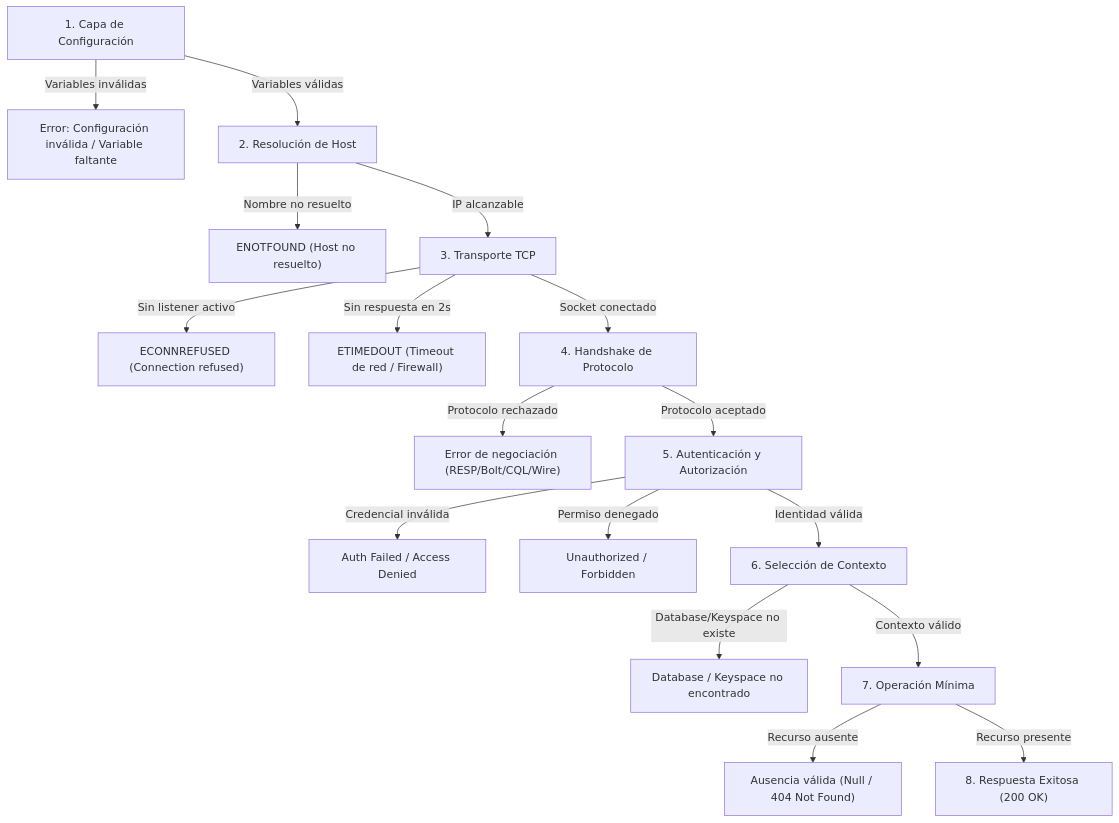
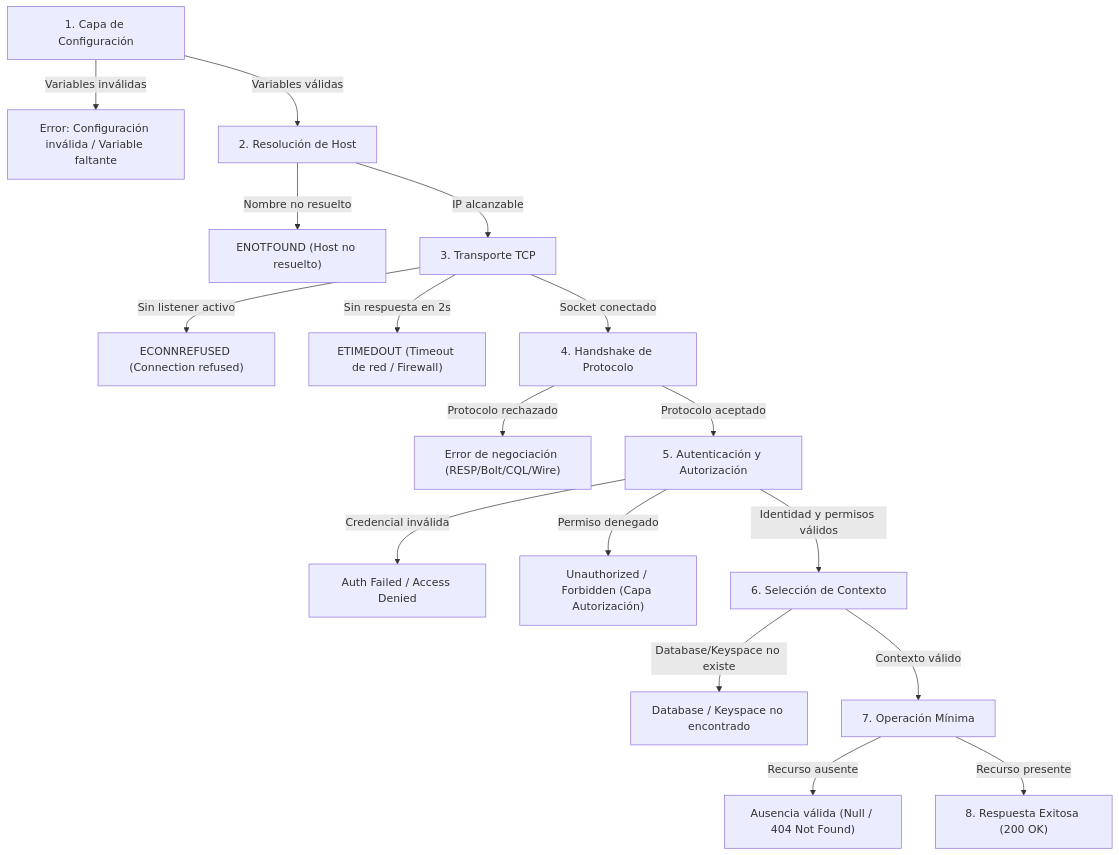
Before and after one commit to BrianValente/uade-tpo-ingenieria-de-datos-ii-fixture: the diagram in hito-11-conectividad/docs/diagnostico_de_fallas.md, drawn with Mermaid. The commit also changed other lines of this file and 9 other files, not shown here.

````diff
--- a/hito-11-conectividad/docs/diagnostico_de_fallas.md
+++ b/hito-11-conectividad/docs/diagnostico_de_fallas.md
@@ -13,19 +13,19 @@
 ```mermaid
 flowchart TD
     A["1. Capa de Configuración"] -->|Variables inválidas| E1["Error: Configuración inválida / Variable faltante"]
     A -->|Variables válidas| B["2. Resolución de Host"]
     B -->|Nombre no resuelto| E2["ENOTFOUND (Host no resuelto)"]
     B -->|IP alcanzable| C["3. Transporte TCP"]
     C -->|Sin listener activo| E3["ECONNREFUSED (Connection refused)"]
     C -->|Sin respuesta en 2s| E4["ETIMEDOUT (Timeout de red / Firewall)"]
     C -->|Socket conectado| D["4. Handshake de Protocolo"]
     D -->|Protocolo rechazado| E5["Error de negociación (RESP/Bolt/CQL/Wire)"]
     D -->|Protocolo aceptado| E["5. Autenticación y Autorización"]
     E -->|Credencial inválida| E6["Auth Failed / Access Denied"]
-    E -->|Permiso denegado| E7["Unauthorized / Forbidden"]
-    E -->|Identidad válida| F["6. Selección de Contexto"]
+    E -->|Permiso denegado| E7["Unauthorized / Forbidden (Capa Autorización)"]
+    E -->|Identidad y permisos válidos| F["6. Selección de Contexto"]
     F -->|Database/Keyspace no existe| E8["Database / Keyspace no encontrado"]
     F -->|Contexto válido| G["7. Operación Mínima"]
     G -->|Recurso ausente| E9["Ausencia válida (Null / 404 Not Found)"]
     G -->|Recurso presente| H["8. Respuesta Exitosa (200 OK)"]
 ```
````
